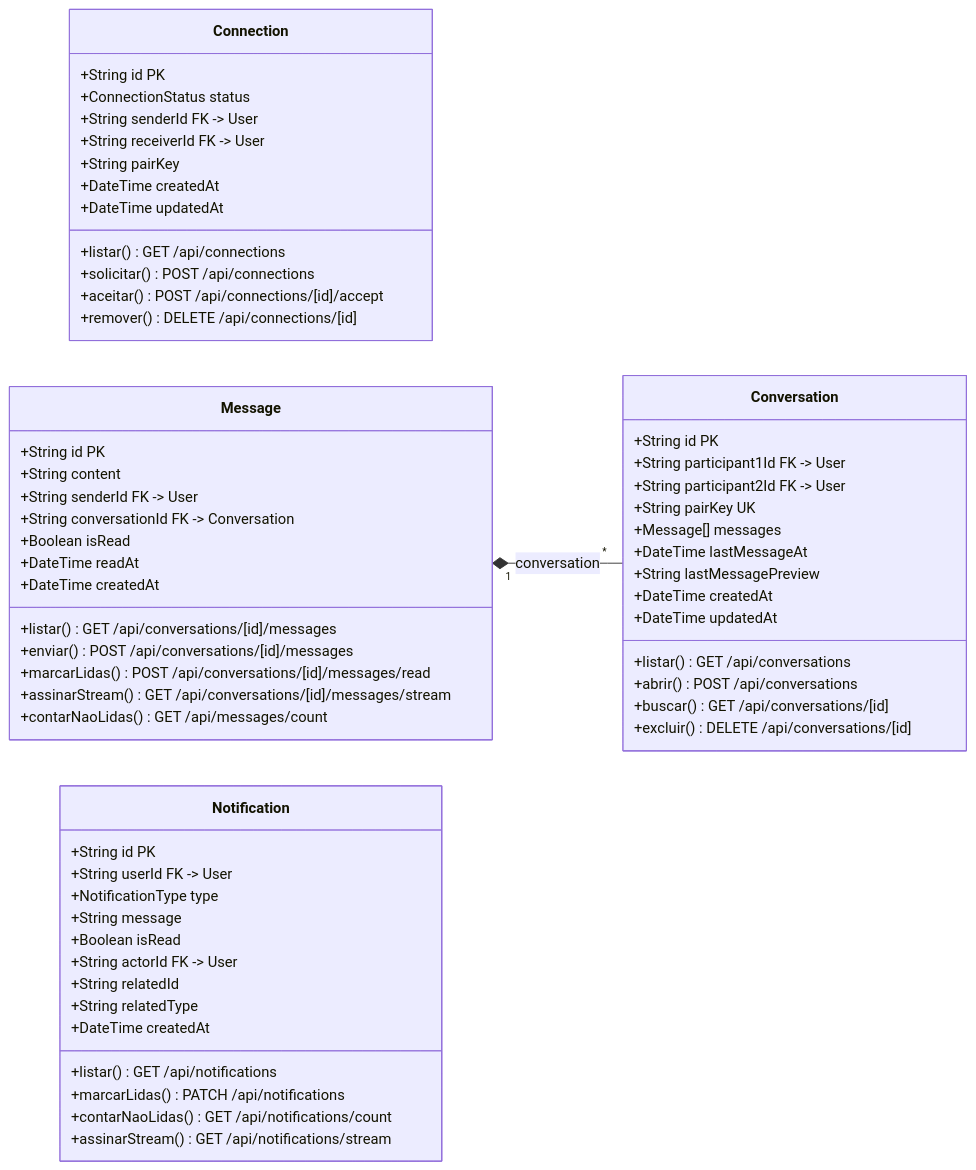
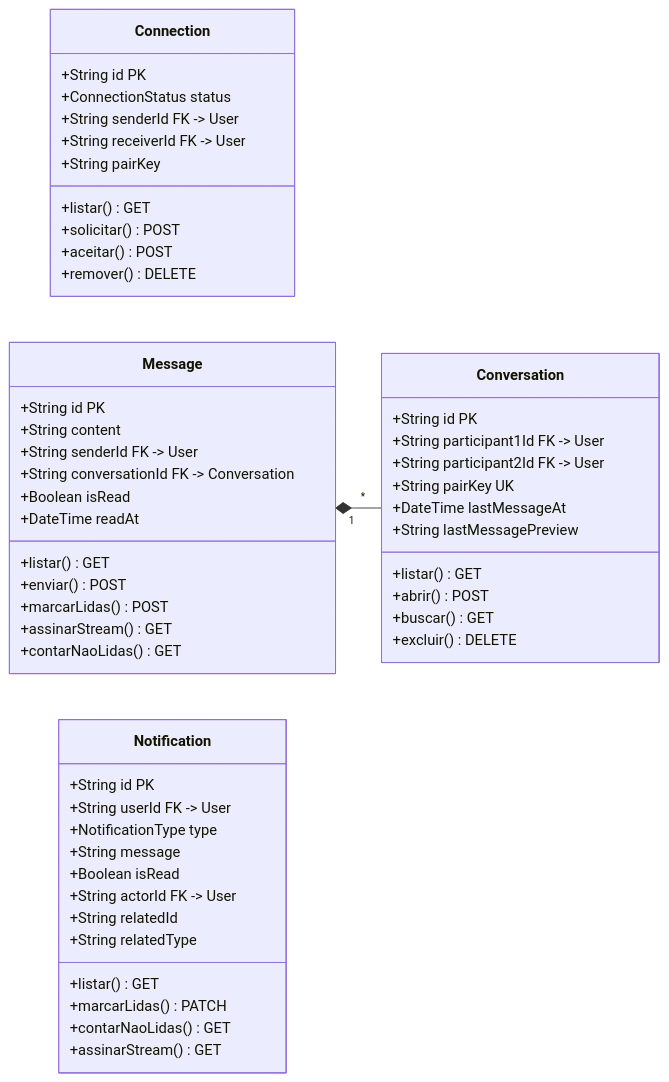
One commit to gustaf30/cheerconnect changed the diagram in docs/diagrams/classe-conexoes.mmd. Above: the diagram before and after it, drawn with Mermaid. The commit also changed 32 other files, not shown here.

First line of the commit message:
Diagramas UML refeitos para leitura, com PNG versionados

```diff
--- a/docs/diagrams/classe-conexoes.mmd
+++ b/docs/diagrams/classe-conexoes.mmd
@@ -1,62 +1,55 @@
 %% Gerado por scripts/generate-diagrams.mjs — nao editar a mao.
 %% Fonte: prisma/schema.prisma e src/app/api/**/route.ts
 classDiagram
   direction LR
   class Connection {
     +String id PK
     +ConnectionStatus status
     +String senderId FK -> User
     +String receiverId FK -> User
     +String pairKey
-    +DateTime createdAt
-    +DateTime updatedAt
-    +listar() GET /api/connections
-    +solicitar() POST /api/connections
-    +aceitar() POST /api/connections/[id]/accept
-    +remover() DELETE /api/connections/[id]
+    +listar() GET
+    +solicitar() POST
+    +aceitar() POST
+    +remover() DELETE
   }
   class Conversation {
     +String id PK
     +String participant1Id FK -> User
     +String participant2Id FK -> User
     +String pairKey UK
-    +Message[] messages
     +DateTime lastMessageAt
     +String lastMessagePreview
-    +DateTime createdAt
-    +DateTime updatedAt
-    +listar() GET /api/conversations
-    +abrir() POST /api/conversations
-    +buscar() GET /api/conversations/[id]
-    +excluir() DELETE /api/conversations/[id]
+    +listar() GET
+    +abrir() POST
+    +buscar() GET
+    +excluir() DELETE
   }
   class Message {
     +String id PK
     +String content
     +String senderId FK -> User
     +String conversationId FK -> Conversation
     +Boolean isRead
     +DateTime readAt
-    +DateTime createdAt
-    +listar() GET /api/conversations/[id]/messages
-    +enviar() POST /api/conversations/[id]/messages
-    +marcarLidas() POST /api/conversations/[id]/messages/read
-    +assinarStream() GET /api/conversations/[id]/messages/stream
-    +contarNaoLidas() GET /api/messages/count
+    +listar() GET
+    +enviar() POST
+    +marcarLidas() POST
+    +assinarStream() GET
+    +contarNaoLidas() GET
   }
   class Notification {
     +String id PK
     +String userId FK -> User
     +NotificationType type
     +String message
     +Boolean isRead
     +String actorId FK -> User
     +String relatedId
     +String relatedType
-    +DateTime createdAt
-    +listar() GET /api/notifications
-    +marcarLidas() PATCH /api/notifications
-    +contarNaoLidas() GET /api/notifications/count
-    +assinarStream() GET /api/notifications/stream
+    +listar() GET
+    +marcarLidas() PATCH
+    +contarNaoLidas() GET
+    +assinarStream() GET
   }
-  Message "1" *-- "*" Conversation : conversation
+  Message "1" *-- "*" Conversation
```
